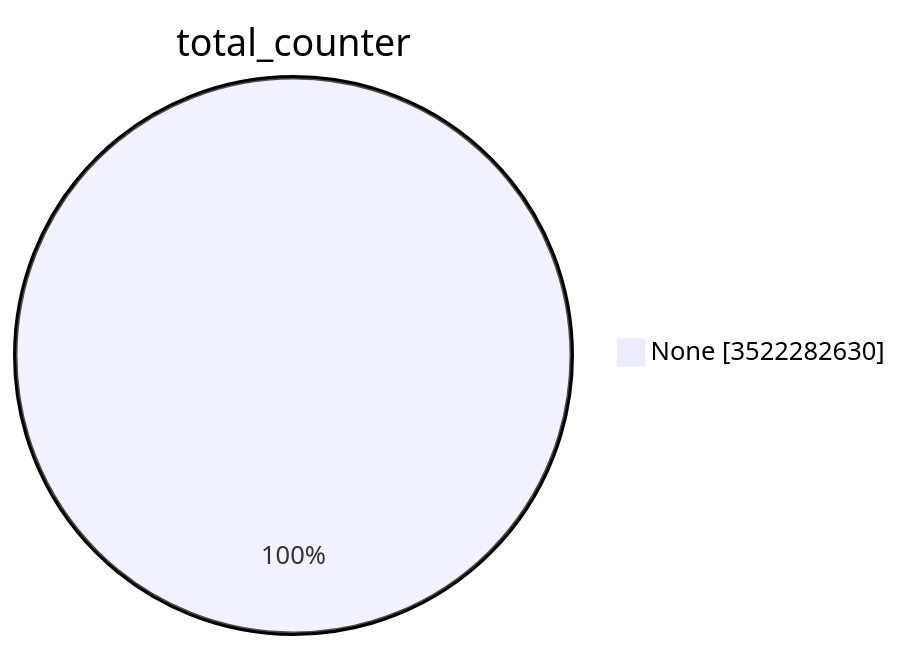
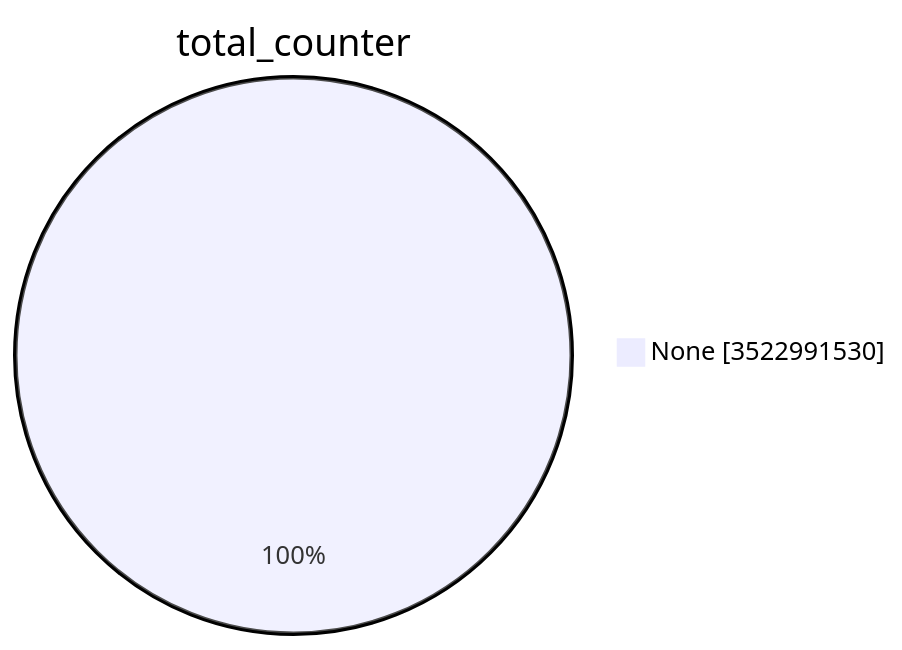
Before and after one commit to christiankrug/ctmonitor_visualization: the first of 15 diagrams in TOTAL/README.md, drawn with Mermaid. The commit also changed other lines of this file, not shown here.

````diff
--- a/TOTAL/README.md
+++ b/TOTAL/README.md
@@ -1,5 +1,5 @@
 ```mermaid
 pie showData
 title total_counter
-"None" :3522282630
+"None" :3522991530
 ```
````
